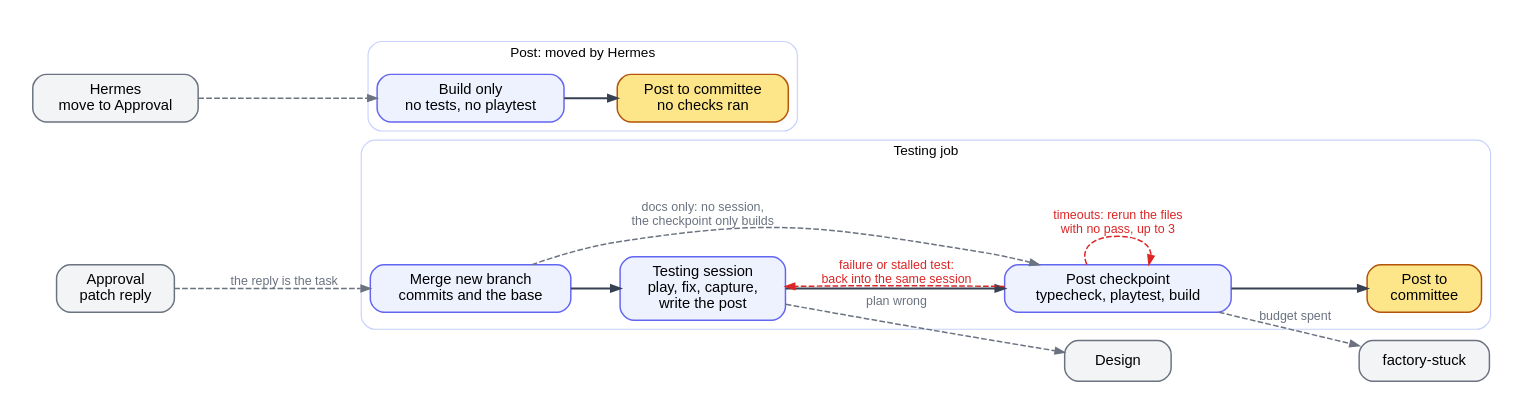
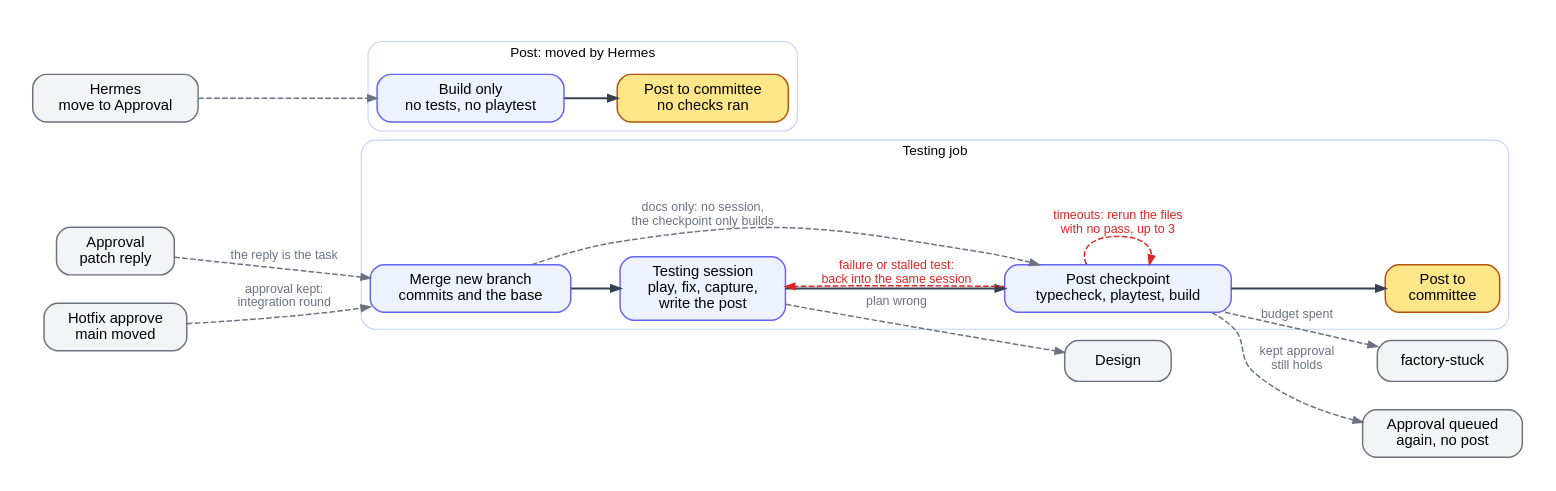
One commit to ROAM-game-org/road-machiners changed the diagram in factory/docs/diagrams/testing.dot. Above: the diagram before and after it, drawn with Graphviz. The commit also changed 14 other files, not shown here.

Commit message:
Document the kept hotfix approval and the committee notice rule

```diff
--- a/factory/docs/diagrams/testing.dot
+++ b/factory/docs/diagrams/testing.dot
@@ -1,31 +1,35 @@
 // Testing column. One testing session gets a card ready for the committee, and the post checkpoint gates the post. Post-only runs when Hermes moves a card to Approval.
 // Red: loops back. Grey: leaves Testing or enters from outside.
 digraph testing {
   rankdir=LR; nodesep=0.35; ranksep=0.55; bgcolor=white; pad=0.3;
   node [shape=box, style="rounded,filled", fillcolor="#eef2ff", color="#6366f1", fontname="Helvetica", fontsize=13, margin="0.2,0.1", penwidth=1.3, width=1.3];
   edge [color="#374151", penwidth=1.8, arrowsize=0.8, fontname="Helvetica", fontsize=11];
   subgraph cluster_session {
     label="Testing job"; fontname="Helvetica"; fontsize=12; color="#c7d2fe"; style=rounded;
     PM [label="Merge new branch\ncommits and the base"]; PT [label="Testing session\nplay, fix, capture,\nwrite the post"];
     PC [label="Post checkpoint\ntypecheck, playtest, build"]; PP [label="Post to\ncommittee", fillcolor="#fde68a", color="#b45309"];
     PM -> PT -> PC -> PP [weight=100];
   }
   subgraph cluster_post {
     label="Post: moved by Hermes"; fontname="Helvetica"; fontsize=12; color="#c7d2fe"; style=rounded;
     QB [label="Build only\nno tests, no playtest"]; QP [label="Post to committee\nno checks ran", fillcolor="#fde68a", color="#b45309"];
     QB -> QP [weight=100];
   }
   XH [label="Hermes\nmove to Approval", fillcolor="#f3f4f6", color="#6b7280"];
   XA [label="Approval\npatch reply", fillcolor="#f3f4f6", color="#6b7280"];
   XD [label="Design", fillcolor="#f3f4f6", color="#6b7280"];
   XS [label="factory-stuck", fillcolor="#f3f4f6", color="#6b7280"];
+  XK [label="Hotfix approve\nmain moved", fillcolor="#f3f4f6", color="#6b7280"];
+  XQ [label="Approval queued\nagain, no post", fillcolor="#f3f4f6", color="#6b7280"];
   edge [color="#dc2626", fontcolor="#dc2626", style=dashed, penwidth=1.3];
   PC -> PT [label="failure or stalled test:\nback into the same session"];
   PC -> PC [label="timeouts: rerun the files\nwith no pass, up to 3"];
   edge [color="#6b7280", fontcolor="#6b7280"];
   PM -> PC [label="docs only: no session,\nthe checkpoint only builds"];
   XH -> QB;
   XA -> PM [label="the reply is the task"];
+  XK -> PM [label="approval kept:\nintegration round"];
+  PC -> XQ [label="kept approval\nstill holds"];
   PT -> XD [label="plan wrong"];
   PC -> XS [label="budget spent"];
 }
```
